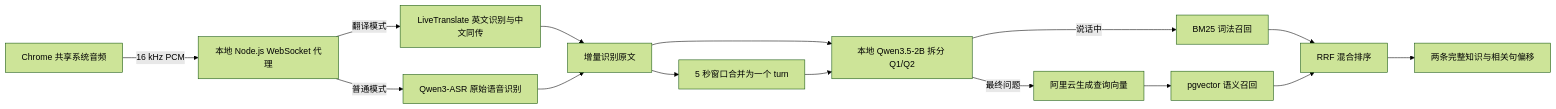
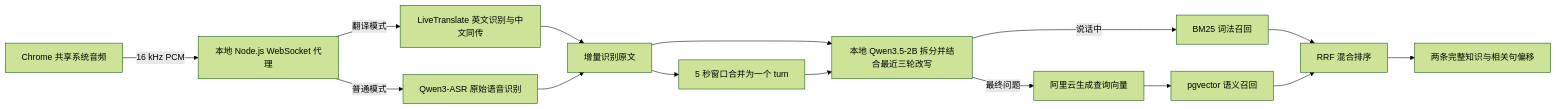
One commit to candy-Tong/interview-knowledge-radar changed the diagram in README.md. Above: the diagram before and after it, drawn with Mermaid (forest theme). The commit also changed other lines of this file and 17 other files, not shown here.

````diff
--- a/README.md
+++ b/README.md
@@ -21,17 +22,17 @@
 ```mermaid
 flowchart LR
   A[Chrome 共享系统音频] -->|16 kHz PCM| B[本地 Node.js WebSocket 代理]
   B -->|翻译模式| C[LiveTranslate 英文识别与中文同传]
   B -->|普通模式| J[Qwen3-ASR 原始语音识别]
   C --> K[增量识别原文]
   J --> K
-  K --> L[本地 Qwen3.5-2B 拆分 Q1/Q2]
+  K --> L[本地 Qwen3.5-2B 拆分并结合最近三轮改写]
   L -->|说话中| E[BM25 词法召回]
   K --> D[5 秒窗口合并为一个 turn]
   D --> L
   L -->|最终问题| F[阿里云生成查询向量]
   F --> G[pgvector 语义召回]
   E --> H[RRF 混合排序]
   G --> H
   H --> I[两条完整知识与相关句偏移]
 ```
````
